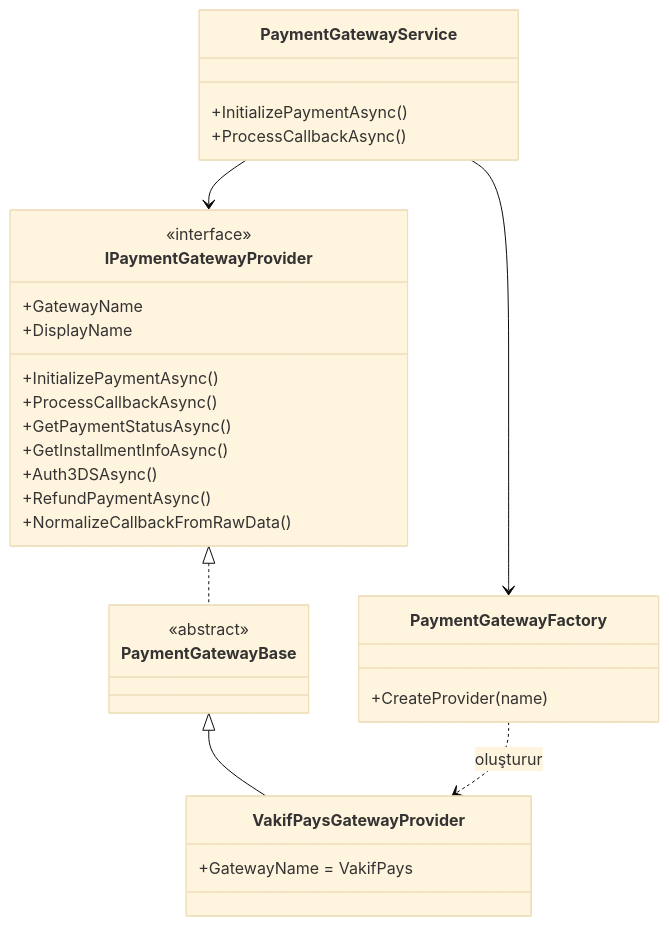
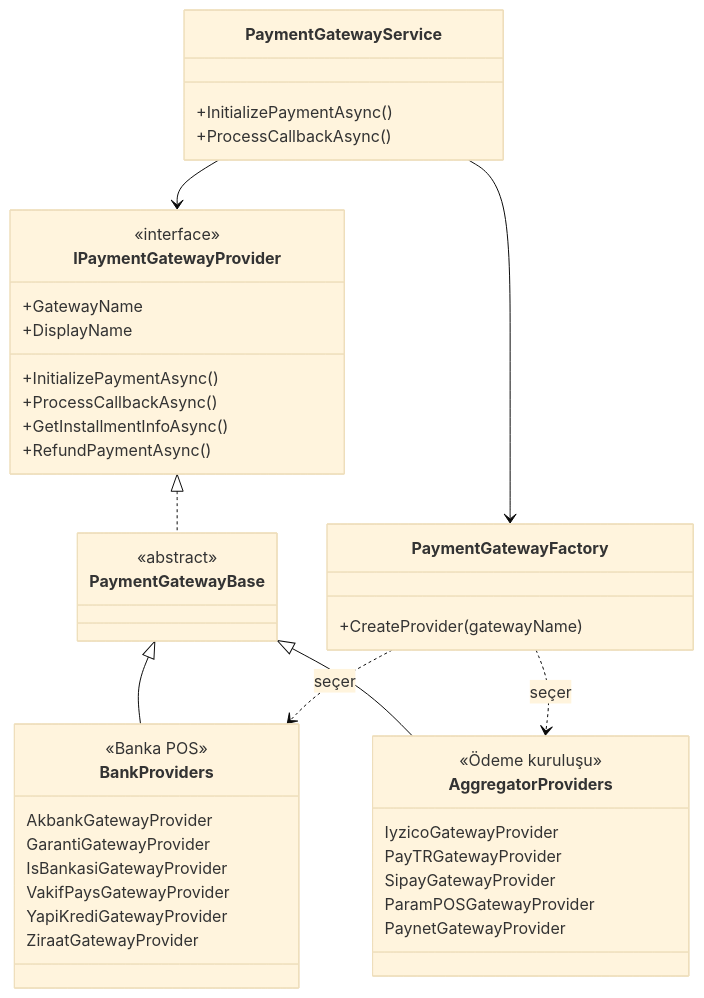
One commit to mehmetunal/tripay changed the third of 7 diagrams in docs/TriPay_Proje_Dokumani.md. Above: the diagram before and after it, drawn with Mermaid (base theme). The commit also changed other lines of this file and 1 other file, not shown here.

````diff
--- a/docs/TriPay_Proje_Dokumani.md
+++ b/docs/TriPay_Proje_Dokumani.md
@@ -223,33 +246,46 @@
 ```mermaid
 classDiagram
     class IPaymentGatewayProvider {
         <<interface>>
         +GatewayName
         +DisplayName
         +InitializePaymentAsync()
         +ProcessCallbackAsync()
-        +GetPaymentStatusAsync()
         +GetInstallmentInfoAsync()
-        +Auth3DSAsync()
         +RefundPaymentAsync()
-        +NormalizeCallbackFromRawData()
     }
     class PaymentGatewayBase {
         <<abstract>>
     }
-    class VakifPaysGatewayProvider {
-        +GatewayName = VakifPays
-    }
     class PaymentGatewayFactory {
-        +CreateProvider(name)
+        +CreateProvider(gatewayName)
     }
     class PaymentGatewayService {
         +InitializePaymentAsync()
         +ProcessCallbackAsync()
     }
+    class BankProviders {
+        <<Banka POS>>
+        AkbankGatewayProvider
+        GarantiGatewayProvider
+        IsBankasiGatewayProvider
+        VakifPaysGatewayProvider
+        YapiKrediGatewayProvider
+        ZiraatGatewayProvider
+    }
+    class AggregatorProviders {
+        <<Ödeme kuruluşu>>
+        IyzicoGatewayProvider
+        PayTRGatewayProvider
+        SipayGatewayProvider
+        ParamPOSGatewayProvider
+        PaynetGatewayProvider
+    }
     IPaymentGatewayProvider <|.. PaymentGatewayBase
-    PaymentGatewayBase <|-- VakifPaysGatewayProvider
-    PaymentGatewayFactory ..> VakifPaysGatewayProvider : oluşturur
+    PaymentGatewayBase <|-- BankProviders
+    PaymentGatewayBase <|-- AggregatorProviders
+    PaymentGatewayFactory ..> BankProviders : seçer
+    PaymentGatewayFactory ..> AggregatorProviders : seçer
     PaymentGatewayService --> PaymentGatewayFactory
     PaymentGatewayService --> IPaymentGatewayProvider
 ```
````
